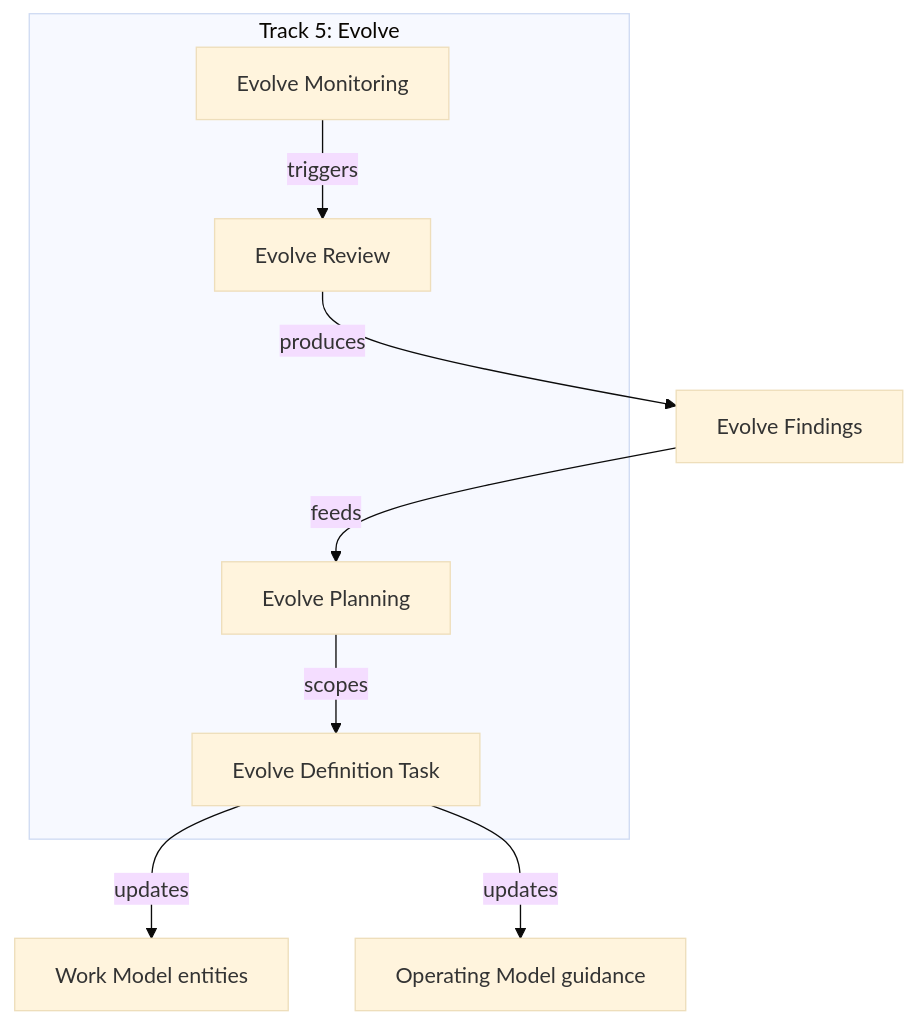
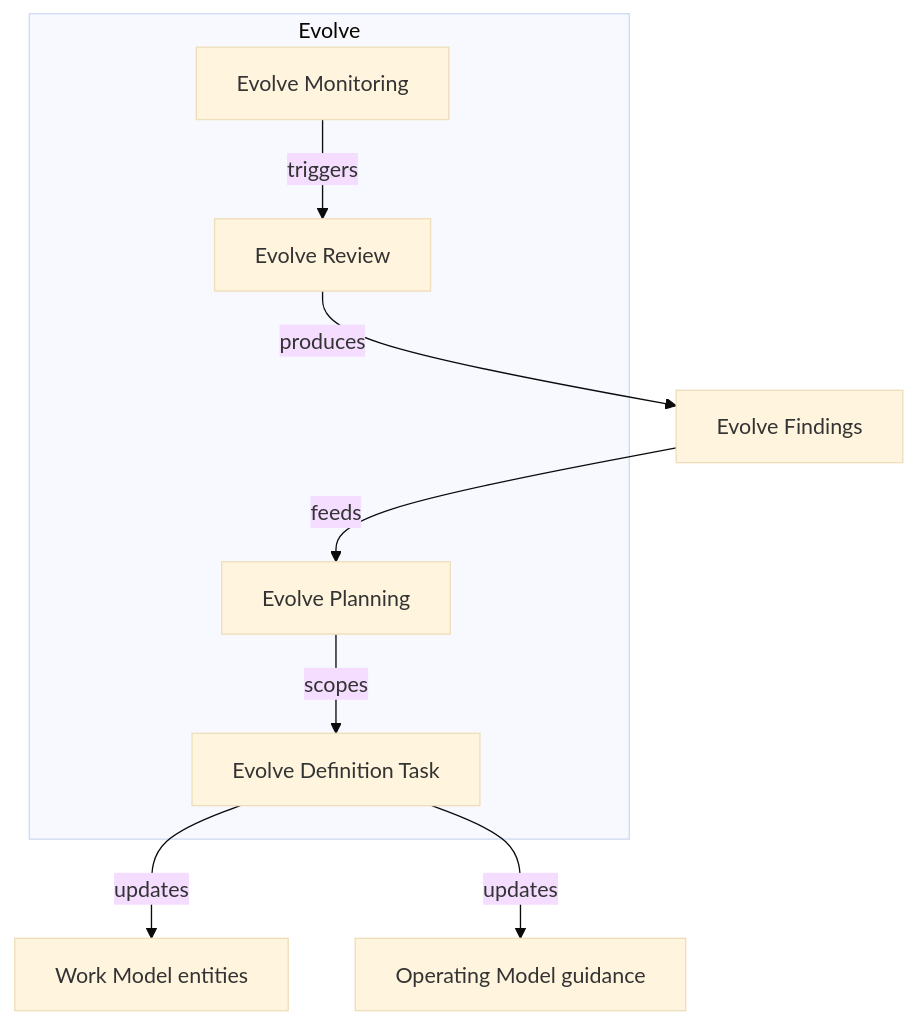
Before and after one commit to gramki/temp-website: the fourth of 7 diagrams in foundry/product-information-model/draft-diagrams.md, drawn with Mermaid (base theme). The commit also changed other lines of this file and 6 other files, not shown here.

````diff
--- a/foundry/product-information-model/draft-diagrams.md
+++ b/foundry/product-information-model/draft-diagrams.md
@@ -175,16 +175,16 @@
 ```mermaid
 flowchart TD
-    subgraph Track5 ["Track 5: Evolve"]
+    subgraph Track5 ["Evolve"]
         EP["Evolve Planning"]
         ER["Evolve Review"]
         EDT["Evolve Definition Task"]
         EM["Evolve Monitoring"]
     end
 
     EM -->|triggers| ER
     ER -->|produces| EF["Evolve Findings"]
     EF -->|feeds| EP
     EP -->|scopes| EDT
     EDT -->|updates| WM["Work Model entities"]
     EDT -->|updates| OM["Operating Model guidance"]
 ```
````
